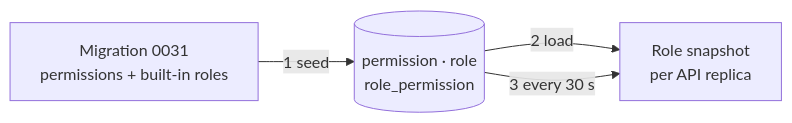
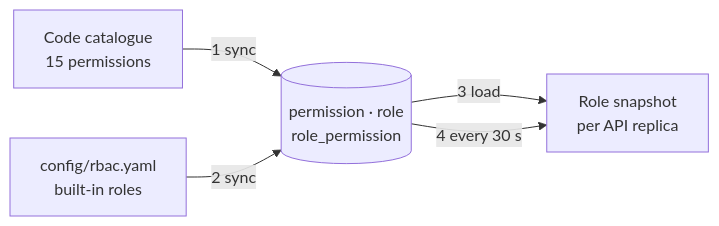
Before and after one commit to Blue-Dots-Economy/aggregator-dpg: the fourth of 5 diagrams in docs/rbac/rbac-design-aggregator.md, drawn with Mermaid. The commit also changed other lines of this file and 78 other files, not shown here.

````diff
--- a/docs/rbac/rbac-design-aggregator.md
+++ b/docs/rbac/rbac-design-aggregator.md
@@ -245,9 +245,11 @@
 ```mermaid
 flowchart LR
-    M["Migration 0031<br/>permissions + built-in roles"]
+    C["Code catalogue<br/>15 permissions"]
+    Y["config/rbac.yaml<br/>built-in roles"]
     T[("permission · role<br/>role_permission")]
     S["Role snapshot<br/>per API replica"]
-    M -->|1 seed| T
-    T -->|2 load| S
-    T -->|3 every 30 s| S
+    C -->|1 sync| T
+    Y -->|2 sync| T
+    T -->|3 load| S
+    T -->|4 every 30 s| S
 ```
````
